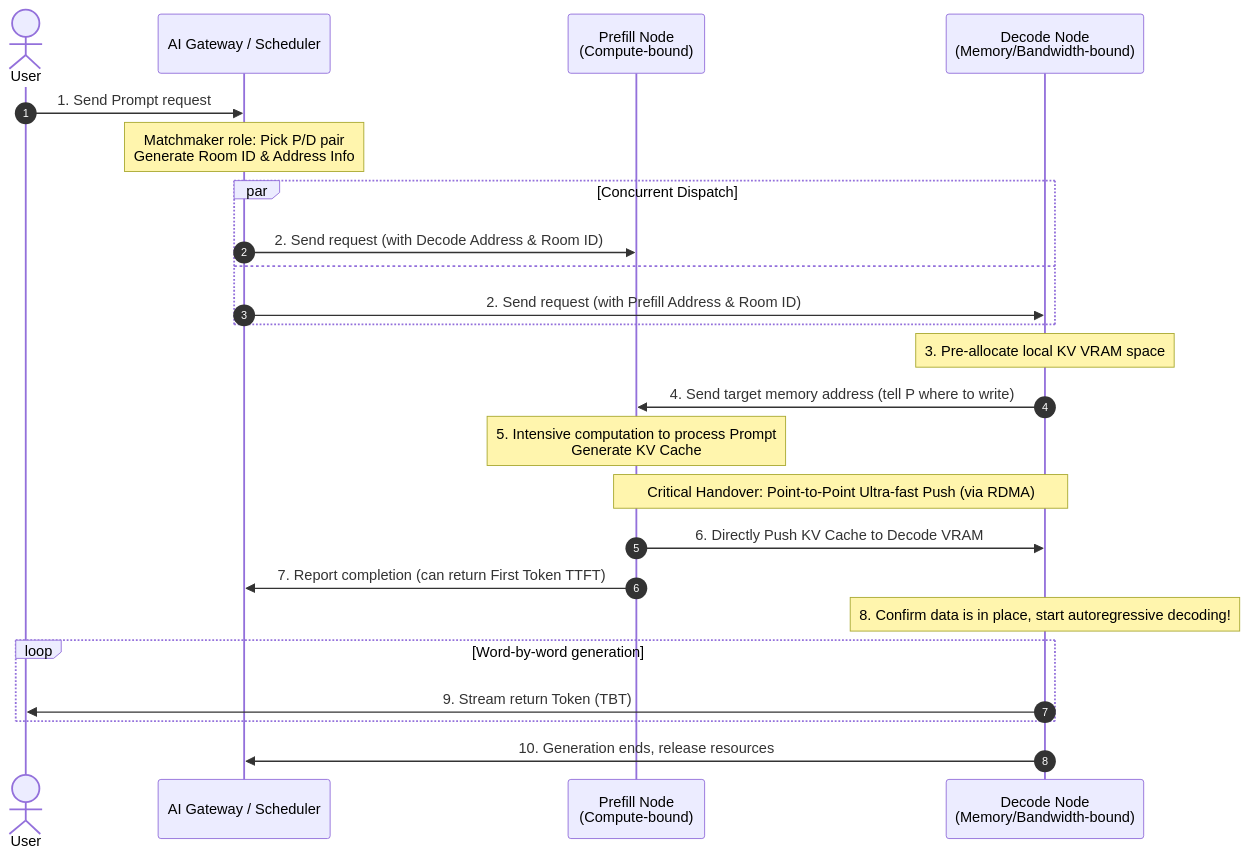
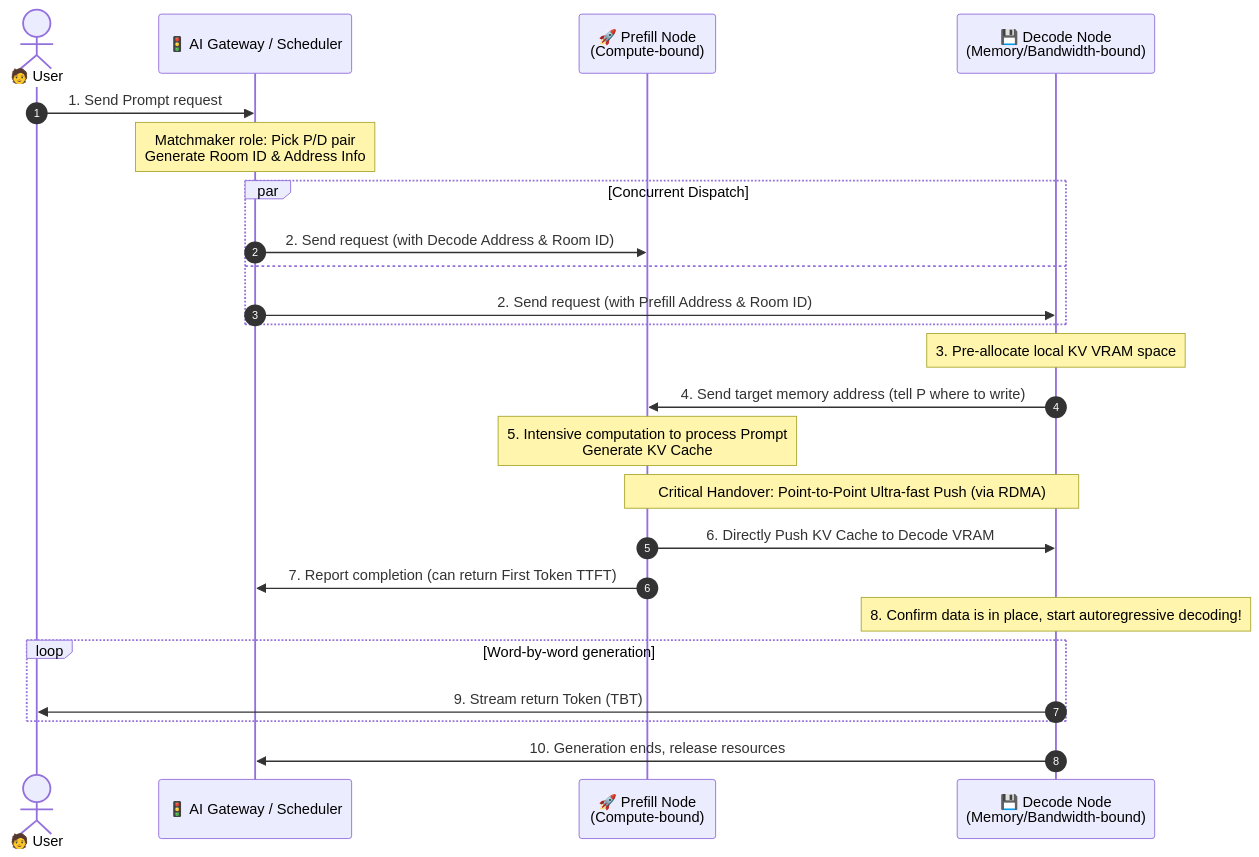
The diagram in parts/part4_distributed.md (Random-Liu/llm-inference-principle-to-production), drawn with Mermaid before and after one commit. The commit also changed other lines of this file and 1 other file, not shown here.

Commit message:
style(distributed): Enhance disaggregated serving section with cross-links and emojis
Detailed summary of the changes:
- Added cross-links to Chapter 8 in both  and .
- Upgraded the hardware example from H100 to B200.
- Fixed mixed Chinese-English terms in Chapter 18, Section 3.
- Enhanced the Mermaid sequence diagram with appropriate emojis for all actors and participants.

````diff
--- a/parts/part4_distributed.md
+++ b/parts/part4_distributed.md
@@ -407,33 +407,33 @@
 ```mermaid
 sequenceDiagram
     autonumber
-    actor User as User
-    participant Gateway as AI Gateway / Scheduler
-    participant Prefill as Prefill Node<br/>(Compute-bound)
-    participant Decode as Decode Node<br/>(Memory/Bandwidth-bound)
+    actor User as 🧑 User
+    participant Gateway as 🚦 AI Gateway / Scheduler
+    participant Prefill as 🚀 Prefill Node<br/>(Compute-bound)
+    participant Decode as 💾 Decode Node<br/>(Memory/Bandwidth-bound)
 
     User->>Gateway: 1. Send Prompt request
     Note over Gateway: Matchmaker role: Pick P/D pair<br/>Generate Room ID & Address Info
     par Concurrent Dispatch
         Gateway->>Prefill: 2. Send request (with Decode Address & Room ID)
     and
         Gateway->>Decode: 2. Send request (with Prefill Address & Room ID)
     end
     
     Note over Decode: 3. Pre-allocate local KV VRAM space
     Decode->>Prefill: 4. Send target memory address (tell P where to write)
     
     Note over Prefill: 5. Intensive computation to process Prompt<br/>Generate KV Cache
     
     Note over Prefill, Decode: Critical Handover: Point-to-Point Ultra-fast Push (via RDMA)
     Prefill->>Decode: 6. Directly Push KV Cache to Decode VRAM
     
     Prefill->>Gateway: 7. Report completion (can return First Token TTFT)
     
     Note over Decode: 8. Confirm data is in place, start autoregressive decoding!
     
     loop Word-by-word generation
         Decode->>User: 9. Stream return Token (TBT)
     end
     Decode->>Gateway: 10. Generation ends, release resources
 ```
````
